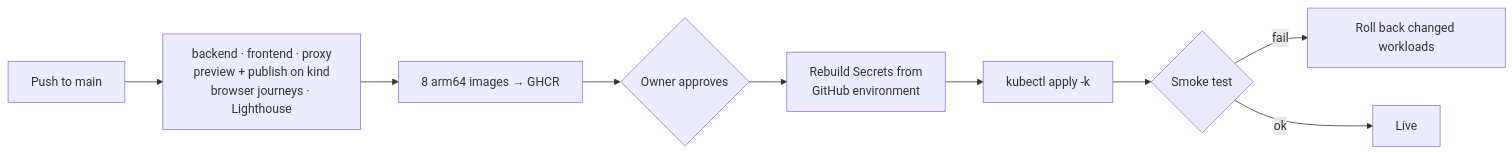
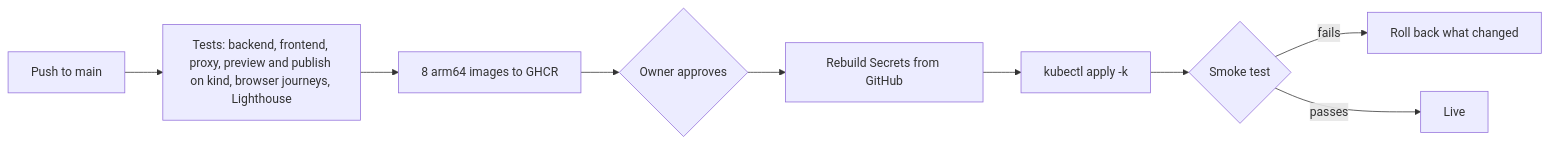
One commit to Divyanshu2805/singularity changed the second of 2 diagrams in docs/deployment.md. Above: the diagram before and after it, drawn with Mermaid. The commit also changed other lines of this file and 8 other files, not shown here.

Commit message:
docs: fix mermaid diagrams and expand README

````diff
--- a/docs/deployment.md
+++ b/docs/deployment.md
@@ -31,11 +33,11 @@
 ```mermaid
 flowchart LR
-    P[Push to main] --> T[backend · frontend · proxy<br/>preview + publish on kind<br/>browser journeys · Lighthouse]
-    T --> IMG[8 arm64 images → GHCR]
-    IMG --> APR{Owner approves}
-    APR --> SEC[Rebuild Secrets from<br/>GitHub environment]
-    SEC --> AP[kubectl apply -k]
-    AP --> SM{Smoke test}
-    SM -->|fail| RB[Roll back changed workloads]
-    SM -->|ok| DONE[Live]
+    P["Push to main"] --> T["Tests: backend, frontend, proxy, preview and publish on kind, browser journeys, Lighthouse"]
+    T --> IMG["8 arm64 images to GHCR"]
+    IMG --> APR{"Owner approves"}
+    APR --> SEC["Rebuild Secrets from GitHub"]
+    SEC --> AP["kubectl apply -k"]
+    AP --> SM{"Smoke test"}
+    SM -- fails --> RB["Roll back what changed"]
+    SM -- passes --> DONE["Live"]
 ```
````
